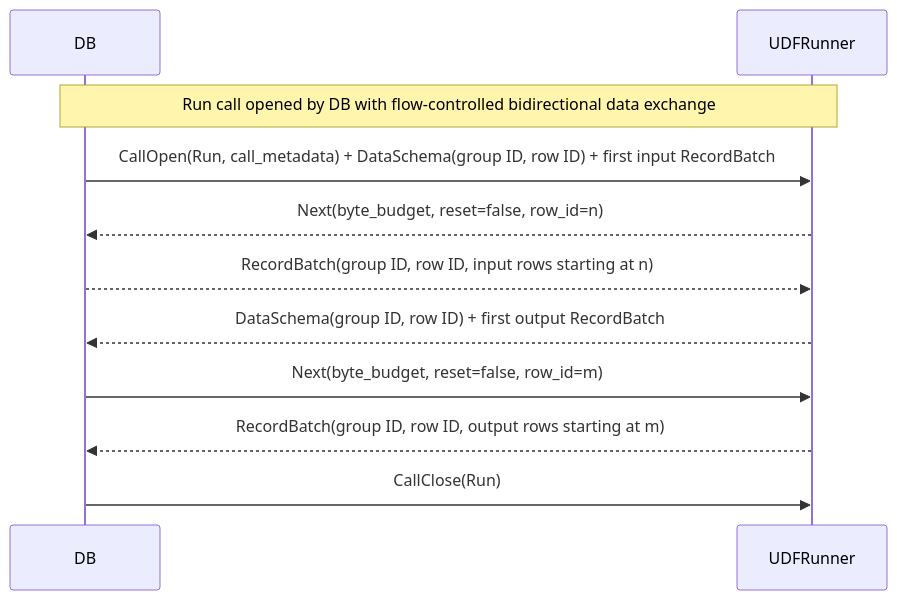
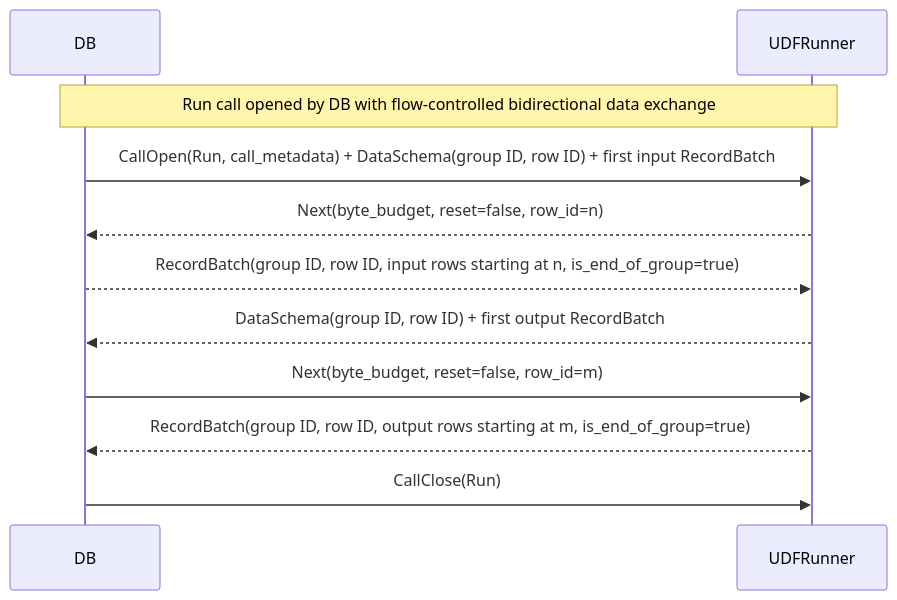
The diagram in doc/design/v2/udf_protocol_high_level_run_sequence.mmd (exasol/udf-runner-cpp), drawn with Mermaid before and after one commit. The commit also changed 3 other files, not shown here.

```diff
--- a/doc/design/v2/udf_protocol_high_level_run_sequence.mmd
+++ b/doc/design/v2/udf_protocol_high_level_run_sequence.mmd
@@ -1,13 +1,13 @@
 sequenceDiagram
     participant DB
     participant UDFRunner
 
     Note over DB,UDFRunner: Run call opened by DB with flow-controlled bidirectional data exchange
 
     DB->>UDFRunner: CallOpen(Run, call_metadata) + DataSchema(group ID, row ID) + first input RecordBatch
     UDFRunner-->>DB: Next(byte_budget, reset=false, row_id=n)
-    DB-->>UDFRunner: RecordBatch(group ID, row ID, input rows starting at n)
+    DB-->>UDFRunner: RecordBatch(group ID, row ID, input rows starting at n, is_end_of_group=true)
     UDFRunner-->>DB: DataSchema(group ID, row ID) + first output RecordBatch
     DB->>UDFRunner: Next(byte_budget, reset=false, row_id=m)
-    UDFRunner-->>DB: RecordBatch(group ID, row ID, output rows starting at m)
+    UDFRunner-->>DB: RecordBatch(group ID, row ID, output rows starting at m, is_end_of_group=true)
     DB->>UDFRunner: CallClose(Run)
```
